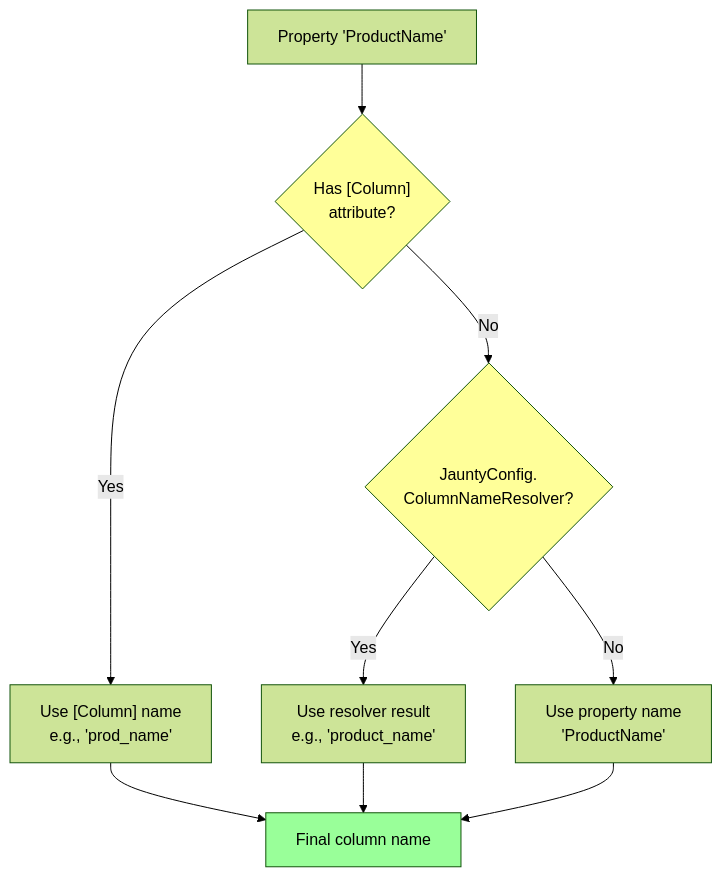
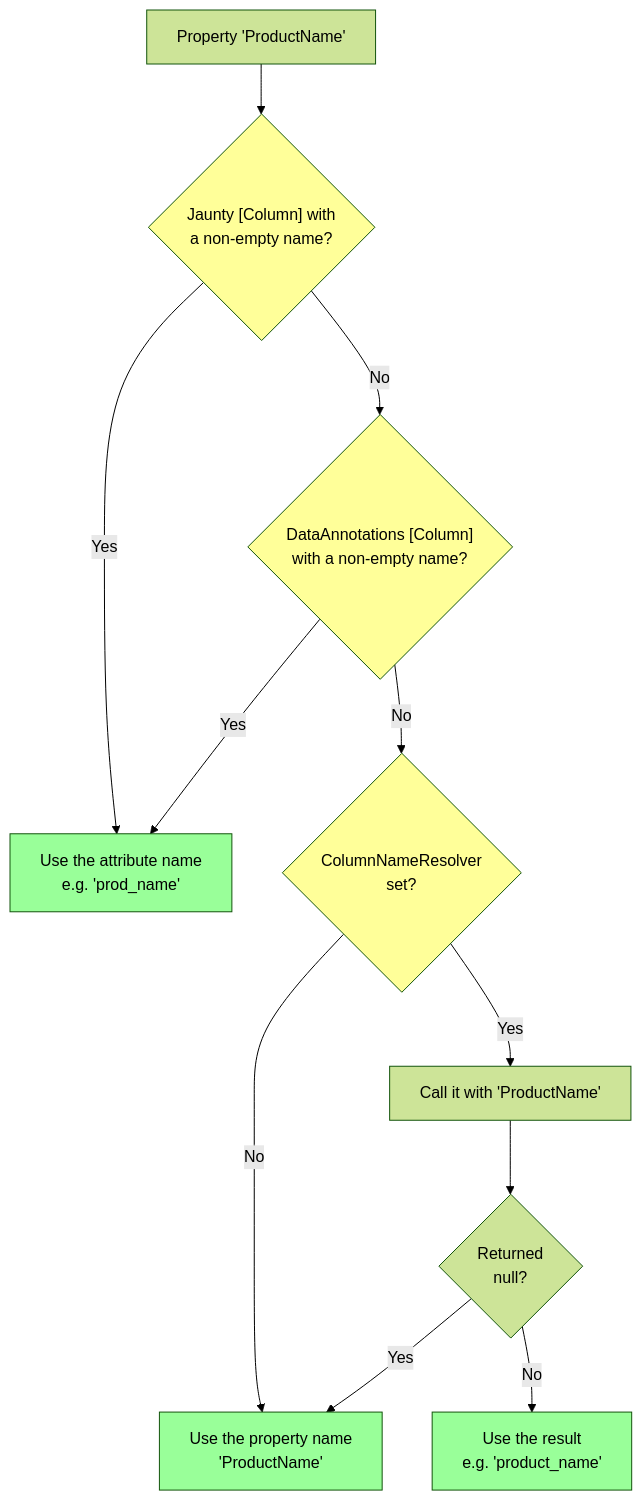
One commit to extrode/jaunty changed the sixth of 16 diagrams in docs/02-architecture/metadata-system-spec.md. Above: the diagram before and after it, drawn with Mermaid (forest theme). The commit also changed other lines of this file and 7 other files, not shown here.

Commit message:
docs: document the shared table, schema and column name order with mermaid diagrams

````diff
--- a/docs/02-architecture/metadata-system-spec.md
+++ b/docs/02-architecture/metadata-system-spec.md
@@ -156,18 +226,20 @@
 ```mermaid
 flowchart TD
-    Prop["Property 'ProductName'"] --> CheckAttr{"Has [Column]<br/>attribute?"}
-    
-    CheckAttr -->|Yes| UseAttr["Use [Column] name<br/>e.g., 'prod_name'"]
-    CheckAttr -->|No| CheckConfig{"JauntyConfig.<br/>ColumnNameResolver?"}
-    
-    CheckConfig -->|Yes| UseResolver["Use resolver result<br/>e.g., 'product_name'"]
-    CheckConfig -->|No| UseProp["Use property name<br/>'ProductName'"]
-    
-    UseAttr --> Final["Final column name"]
-    UseResolver --> Final
-    UseProp --> Final
-    
-    style CheckAttr fill:#ff9
-    style CheckConfig fill:#ff9
-    style Final fill:#9f9
+    Prop["Property 'ProductName'"] --> J{"Jaunty [Column] with<br/>a non-empty name?"}
+    J -->|Yes| UseAttr["Use the attribute name<br/>e.g. 'prod_name'"]
+    J -->|No| D{"DataAnnotations [Column]<br/>with a non-empty name?"}
+    D -->|Yes| UseAttr
+    D -->|No| R{"ColumnNameResolver<br/>set?"}
+    R -->|No| UseProp["Use the property name<br/>'ProductName'"]
+    R -->|Yes| Call["Call it with 'ProductName'"]
+    Call --> Null{"Returned<br/>null?"}
+    Null -->|Yes| UseProp
+    Null -->|No| UseResult["Use the result<br/>e.g. 'product_name'"]
+
+    style J fill:#ff9
+    style D fill:#ff9
+    style R fill:#ff9
+    style UseAttr fill:#9f9
+    style UseProp fill:#9f9
+    style UseResult fill:#9f9
 ```
````
